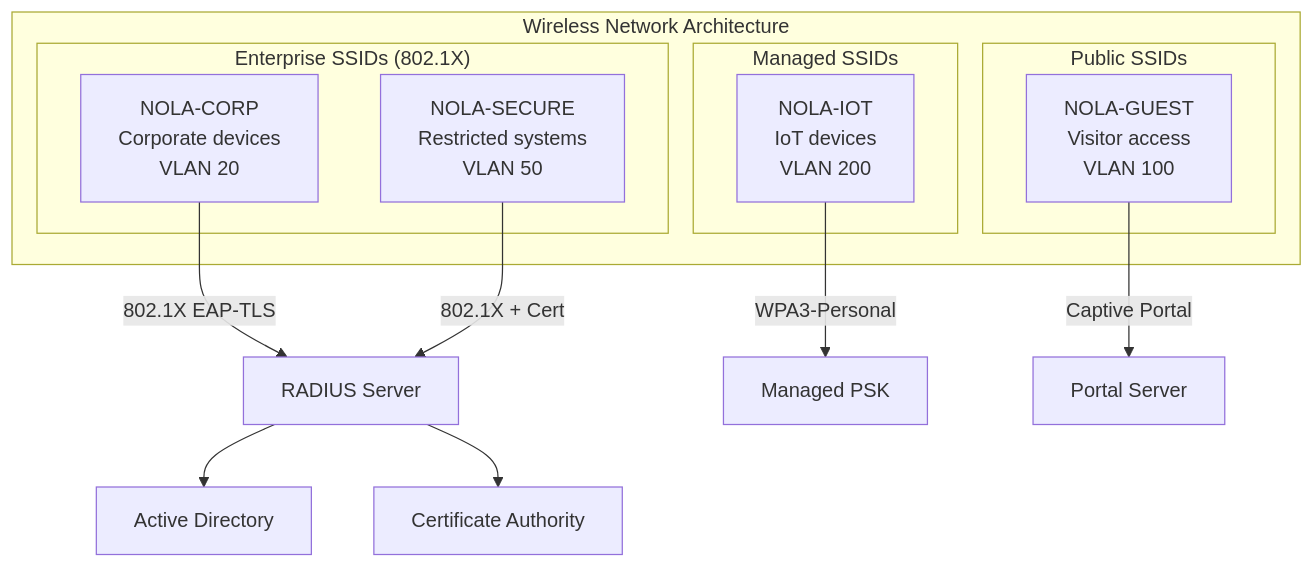
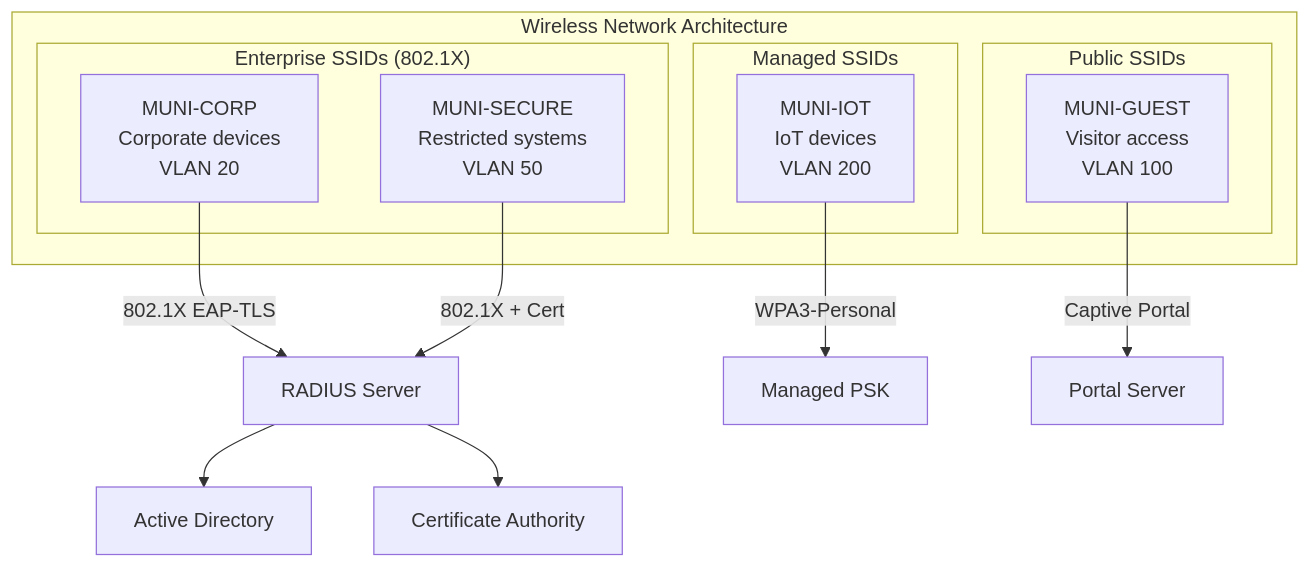
Before and after one commit to NewOrleansITI/networkstandards: the first of 10 diagrams in docs/wifi/ssid-standards.md, drawn with Mermaid. The commit also changed other lines of this file and 17 other files, not shown here.

````diff
--- a/docs/wifi/ssid-standards.md
+++ b/docs/wifi/ssid-standards.md
@@ -30,25 +30,25 @@
 ```mermaid
 graph TB
     subgraph WIRELESS["Wireless Network Architecture"]
         subgraph ENTERPRISE["Enterprise SSIDs (802.1X)"]
-            CORP["NOLA-CORP<br/>Corporate devices<br/>VLAN 20"]
-            SECURE["NOLA-SECURE<br/>Restricted systems<br/>VLAN 50"]
+            CORP["MUNI-CORP<br/>Corporate devices<br/>VLAN 20"]
+            SECURE["MUNI-SECURE<br/>Restricted systems<br/>VLAN 50"]
         end
 
         subgraph MANAGED["Managed SSIDs"]
-            IOT["NOLA-IOT<br/>IoT devices<br/>VLAN 200"]
+            IOT["MUNI-IOT<br/>IoT devices<br/>VLAN 200"]
         end
 
         subgraph PUBLIC["Public SSIDs"]
-            GUEST["NOLA-GUEST<br/>Visitor access<br/>VLAN 100"]
+            GUEST["MUNI-GUEST<br/>Visitor access<br/>VLAN 100"]
         end
     end
 
     CORP -->|"802.1X EAP-TLS"| RADIUS[RADIUS Server]
     SECURE -->|"802.1X + Cert"| RADIUS
     IOT -->|"WPA3-Personal"| PSK[Managed PSK]
     GUEST -->|"Captive Portal"| PORTAL[Portal Server]
 
     RADIUS --> AD[Active Directory]
     RADIUS --> PKI[Certificate Authority]
 ```
````
